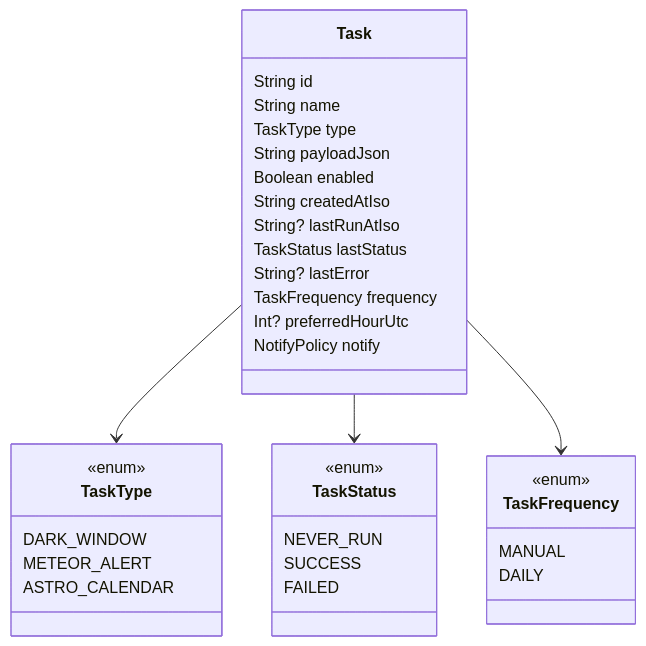
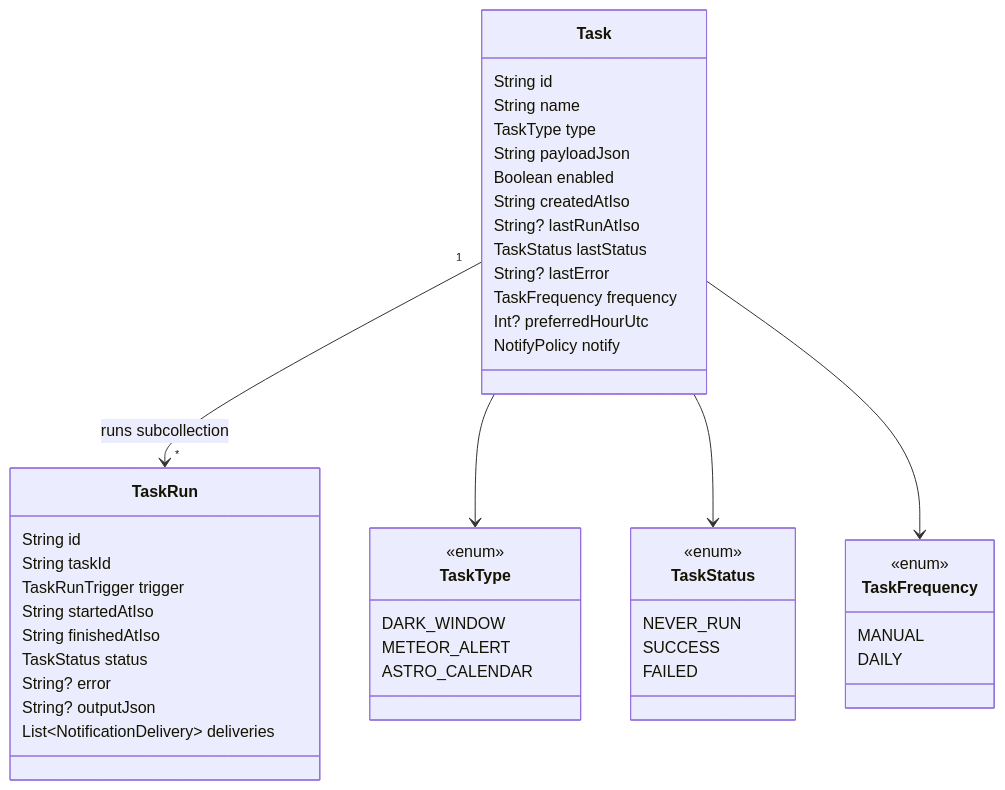
One commit to iOJ0230/astro-task-runner changed the fifth of 6 diagrams in docs/ARCHITECTURE.md. Above: the diagram before and after it, drawn with Mermaid. The commit also changed other lines of this file and 17 other files, not shown here.

First line of the commit message:
feat: keep a history of every task run in firestore

````diff
--- a/docs/ARCHITECTURE.md
+++ b/docs/ARCHITECTURE.md
@@ -257,37 +259,49 @@
 ```mermaid
 classDiagram
     class Task {
         String id
         String name
         TaskType type
         String payloadJson
         Boolean enabled
         String createdAtIso
         String? lastRunAtIso
         TaskStatus lastStatus
         String? lastError
         TaskFrequency frequency
         Int? preferredHourUtc
         NotifyPolicy notify
     }
     class TaskType {
         <<enum>>
         DARK_WINDOW
         METEOR_ALERT
         ASTRO_CALENDAR
     }
     class TaskStatus {
         <<enum>>
         NEVER_RUN
         SUCCESS
         FAILED
     }
     class TaskFrequency {
         <<enum>>
         MANUAL
         DAILY
     }
+    class TaskRun {
+        String id
+        String taskId
+        TaskRunTrigger trigger
+        String startedAtIso
+        String finishedAtIso
+        TaskStatus status
+        String? error
+        String? outputJson
+        List~NotificationDelivery~ deliveries
+    }
+    Task "1" --> "*" TaskRun : runs subcollection
     Task --> TaskType
     Task --> TaskStatus
     Task --> TaskFrequency
 ```
````
